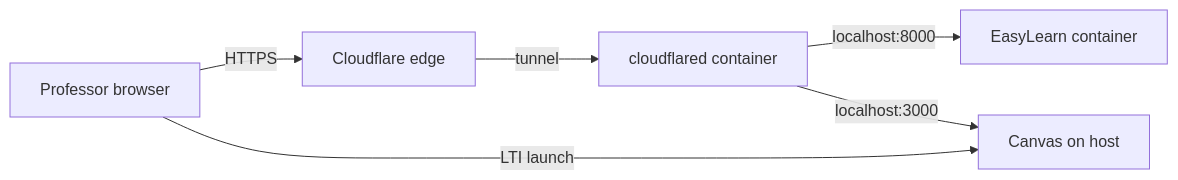
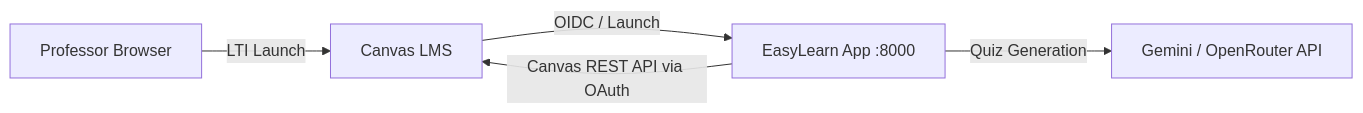
The diagram in docs/deployment.md (Devisri-B/RAG_Canvas), drawn with Mermaid before and after one commit. The commit also changed other lines of this file and 44 other files, not shown here.

Commit message:
Refactor LTI app core, consolidate deployment docs, and update logging

````diff
--- a/docs/deployment.md
+++ b/docs/deployment.md
@@ -10,8 +9,7 @@
 ```mermaid
 flowchart LR
-    Prof[Professor browser] -->|HTTPS| CF[Cloudflare edge]
-    CF -->|tunnel| Cld[cloudflared container]
-    Cld -->|localhost:8000| EL[EasyLearn container]
-    Cld -->|localhost:3000| Canvas[Canvas on host]
-    Prof -->|LTI launch| Canvas
+    Prof[Professor Browser] -->|LTI Launch| Canvas[Canvas LMS]
+    Canvas -->|OIDC / Launch| EL[EasyLearn App :8000]
+    EL -->|Canvas REST API via OAuth| Canvas
+    EL -->|Quiz Generation| LLM[Gemini / OpenRouter API]
 ```
````
